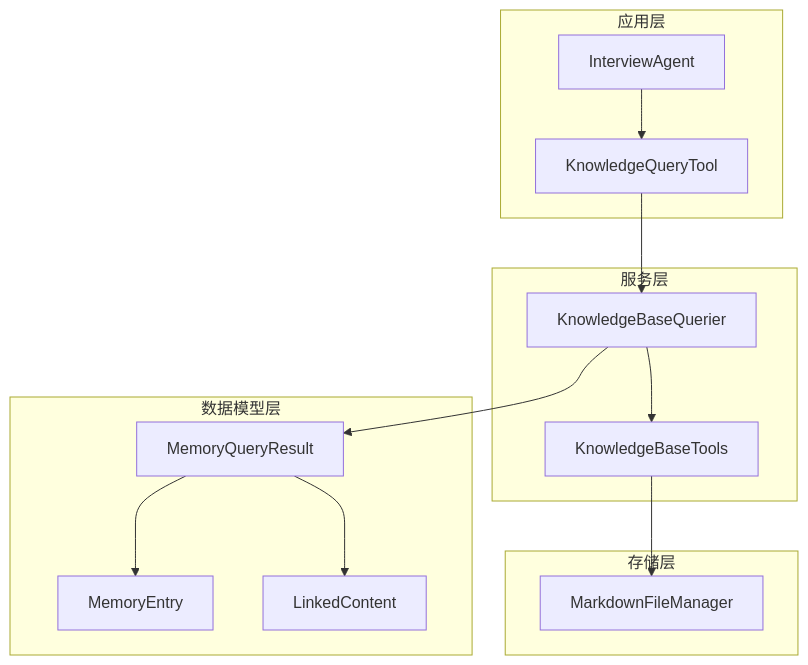
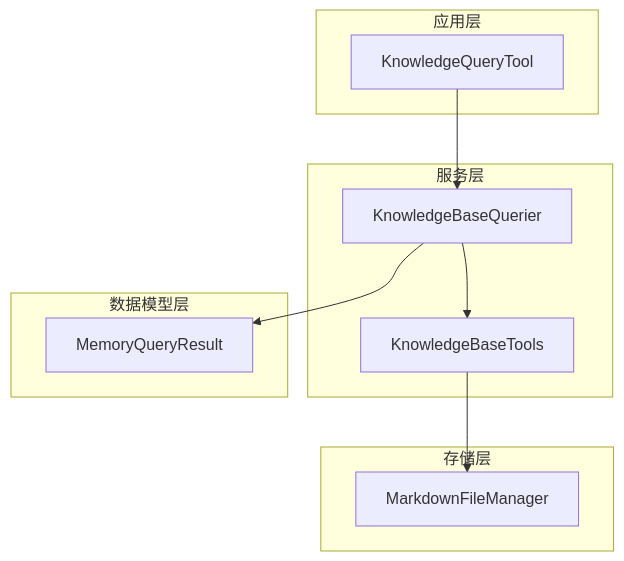
One commit to WangYiKai1017/zizuan changed the first of 4 diagrams in .qoder/repowiki/zh/content/知识库系统/知识库查询工具.md. Above: the diagram before and after it, drawn with Mermaid. The commit also changed other lines of this file and 7 other files, not shown here.

````diff
--- a/.qoder/repowiki/zh/content/知识库系统/知识库查询工具.md
+++ b/.qoder/repowiki/zh/content/知识库系统/知识库查询工具.md
@@ -38,26 +45,20 @@
 ```mermaid
 graph TB
 subgraph "应用层"
-IA[InterviewAgent]
 KQT[KnowledgeQueryTool]
 end
 subgraph "服务层"
 KBQ[KnowledgeBaseQuerier]
 KBT[KnowledgeBaseTools]
 end
 subgraph "存储层"
 MFM[MarkdownFileManager]
 end
 subgraph "数据模型层"
 MQR[MemoryQueryResult]
-ME[MemoryEntry]
-LC[LinkedContent]
 end
-IA --> KQT
 KQT --> KBQ
 KBQ --> KBT
 KBT --> MFM
 KBQ --> MQR
-MQR --> ME
-MQR --> LC
 ```
````
